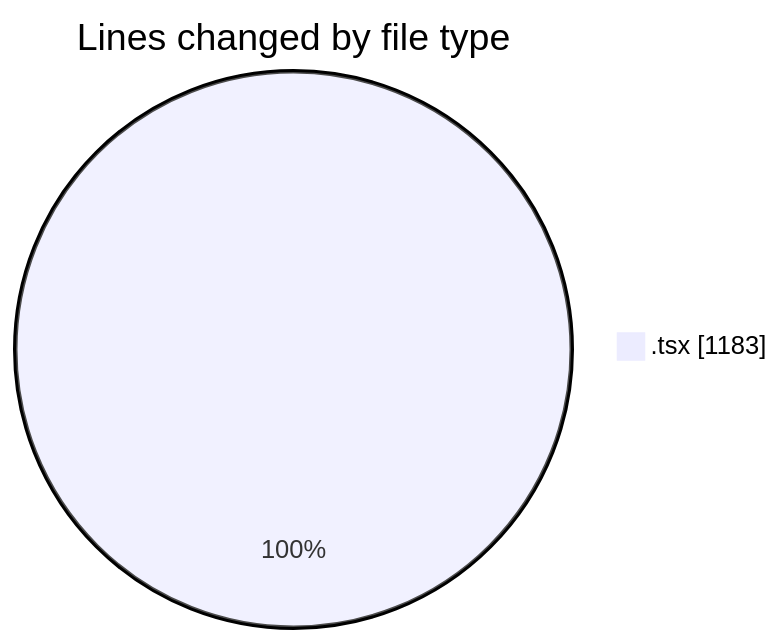
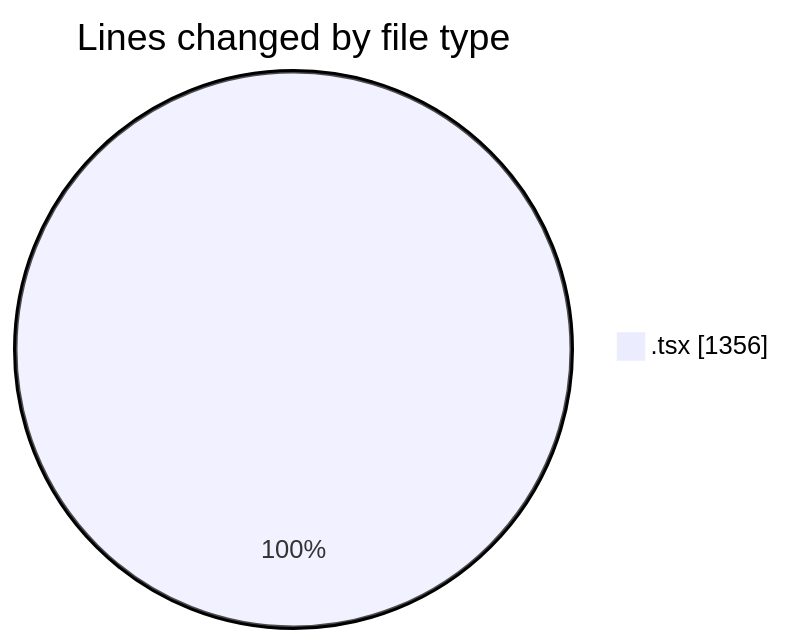
The first of 2 diagrams in 2026-10-20/cda/README.md (momahboobian/code-tracking), drawn with Mermaid before and after one commit. The commit also changed other lines of this file and 1 other file, not shown here.

````diff
--- a/2026-10-20/cda/README.md
+++ b/2026-10-20/cda/README.md
@@ -23,5 +23,5 @@
 ```mermaid
 pie showData
 title Lines changed by file type
-".tsx" : 1183
+".tsx" : 1356
 ```
````
